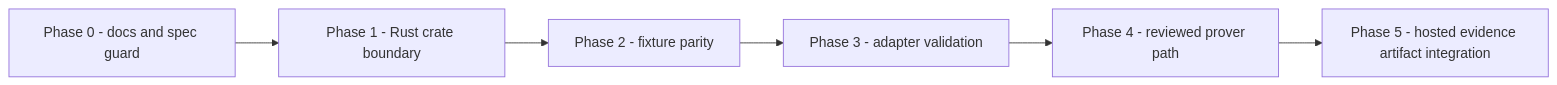
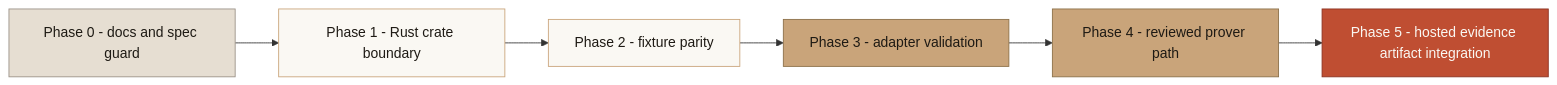
Before and after one commit to Wallet-Wall/walletwall-vault: the diagram in docs/Rust_Implementation_Path.md, drawn with Mermaid. The commit also changed other lines of this file and 8 other files, not shown here.

Commit message:
docs: add WalletWall Mermaid colors (#136)

````diff
--- a/docs/Rust_Implementation_Path.md
+++ b/docs/Rust_Implementation_Path.md
@@ -188,8 +188,18 @@
 ```mermaid
 flowchart LR
   P0["Phase 0 - docs and spec guard"] --> P1["Phase 1 - Rust crate boundary"]
   P1 --> P2["Phase 2 - fixture parity"]
   P2 --> P3["Phase 3 - adapter validation"]
   P3 --> P4["Phase 4 - reviewed prover path"]
   P4 --> P5["Phase 5 - hosted evidence artifact integration"]
+
+  classDef wwPrimary fill:#BF4E32,stroke:#8B3120,color:#FAF8F3,stroke-width:1px;
+  classDef wwSecondary fill:#C9A47A,stroke:#8B6F47,color:#1E1A14,stroke-width:1px;
+  classDef wwLight fill:#FAF8F3,stroke:#C9A47A,color:#1E1A14,stroke-width:1px;
+  classDef wwMuted fill:#E6DED2,stroke:#9A9186,color:#1E1A14,stroke-width:1px;
+  classDef wwBoundary fill:#1E1A14,stroke:#C9A47A,color:#FAF8F3,stroke-width:1px;
+  class P0 wwMuted;
+  class P1,P2 wwLight;
+  class P3,P4 wwSecondary;
+  class P5 wwPrimary;
 ```
````
